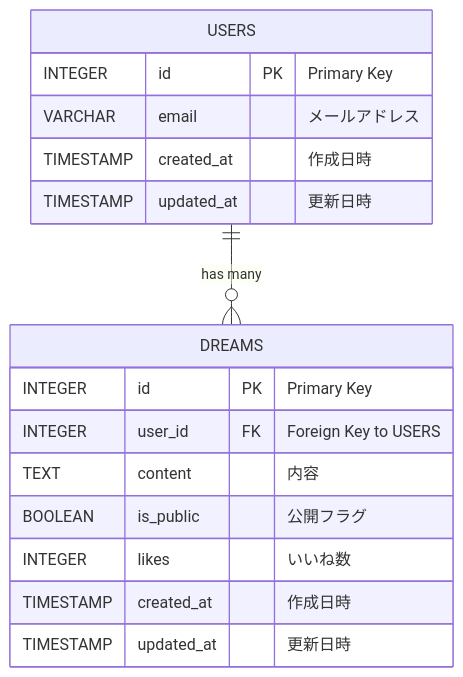
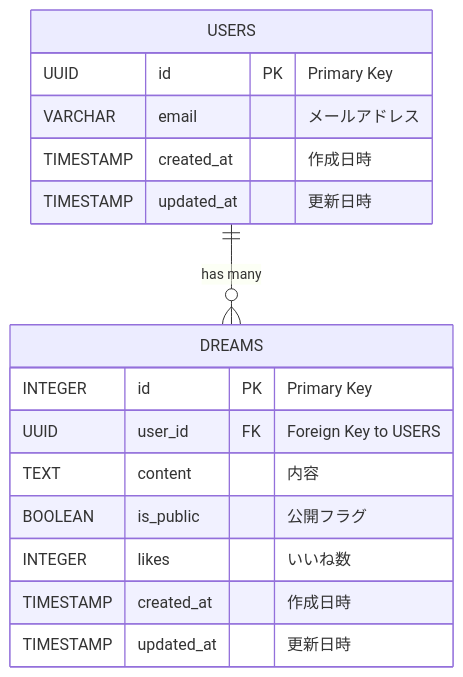
The diagram in README.md (JS-Ninjaaaa/dream-base), drawn with Mermaid before and after one commit. The commit also changed other lines of this file, not shown here.

````diff
--- a/README.md
+++ b/README.md
@@ -49,19 +53,19 @@
 ```mermaid
 erDiagram
     USERS {
-        INTEGER id PK "Primary Key"
+        UUID id PK "Primary Key"
         VARCHAR email "メールアドレス"
         TIMESTAMP created_at "作成日時"
         TIMESTAMP updated_at "更新日時"
     }
     DREAMS {
         INTEGER id PK "Primary Key"
-        INTEGER user_id FK "Foreign Key to USERS"
+        UUID user_id FK "Foreign Key to USERS"
         TEXT content "内容"
         BOOLEAN is_public "公開フラグ"
         INTEGER likes "いいね数"
         TIMESTAMP created_at "作成日時"
         TIMESTAMP updated_at "更新日時"
     }
     USERS ||--o{ DREAMS : "has many"
 ```
````
